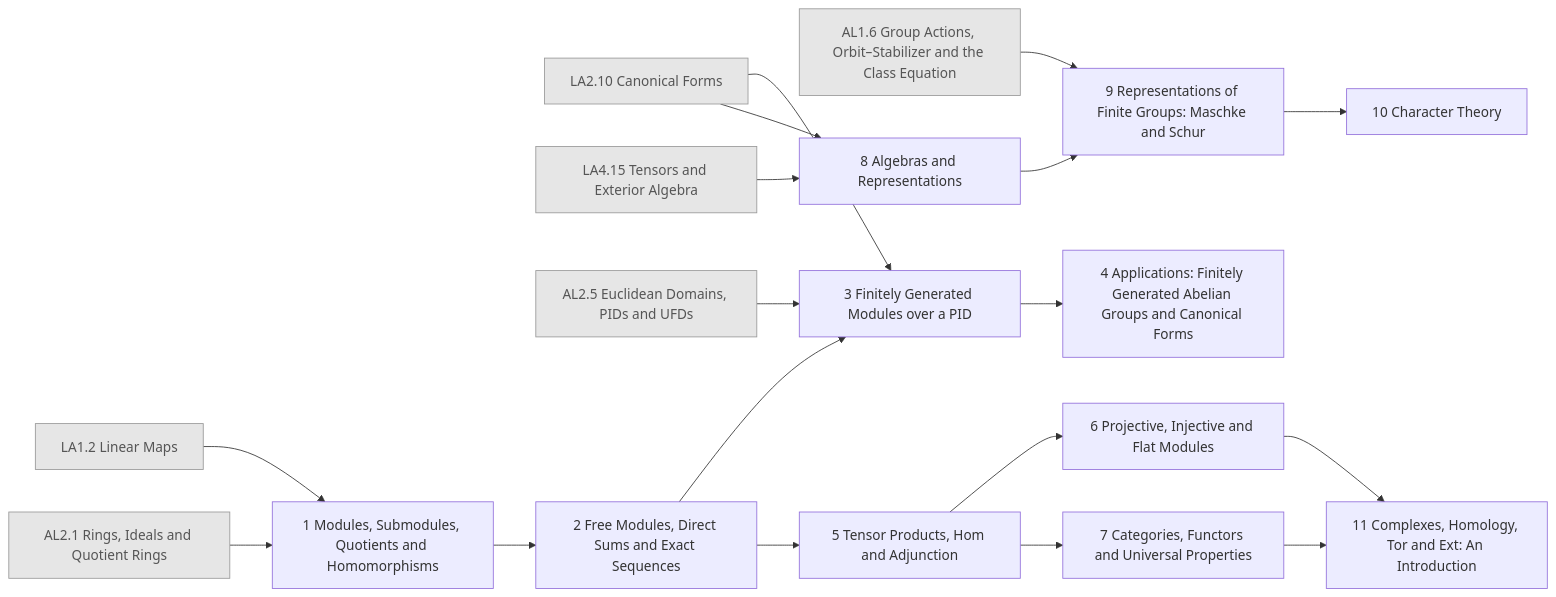
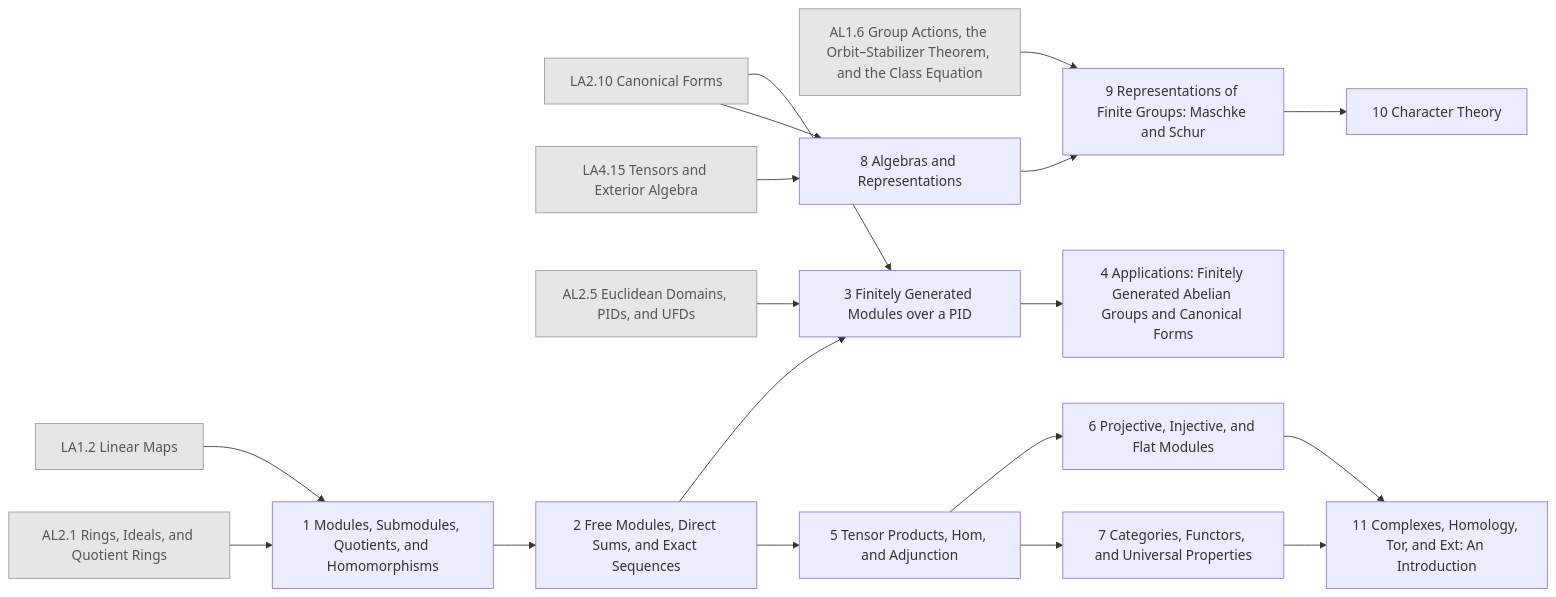
Diagram 19 of 26 in generated/README.md (AkizumiFox/math-atlas), drawn with Mermaid before and after one commit. The commit also changed other lines of this file and 24 other files, not shown here.

````diff
--- a/generated/README.md
+++ b/generated/README.md
@@ -592,40 +592,40 @@
 ```mermaid
 flowchart LR
   LA1_2["LA1.2 Linear Maps"]:::ext
   LA2_10["LA2.10 Canonical Forms"]:::ext
   LA4_15["LA4.15 Tensors and Exterior Algebra"]:::ext
-  AL1_6["AL1.6 Group Actions, Orbit–Stabilizer and the Class Equation"]:::ext
-  AL2_1["AL2.1 Rings, Ideals and Quotient Rings"]:::ext
-  AL2_5["AL2.5 Euclidean Domains, PIDs and UFDs"]:::ext
-  AL4_1["1 Modules, Submodules, Quotients and Homomorphisms"]
-  AL4_2["2 Free Modules, Direct Sums and Exact Sequences"]
+  AL1_6["AL1.6 Group Actions, the Orbit–Stabilizer Theorem, and the Class Equation"]:::ext
+  AL2_1["AL2.1 Rings, Ideals, and Quotient Rings"]:::ext
+  AL2_5["AL2.5 Euclidean Domains, PIDs, and UFDs"]:::ext
+  AL4_1["1 Modules, Submodules, Quotients, and Homomorphisms"]
+  AL4_2["2 Free Modules, Direct Sums, and Exact Sequences"]
   AL4_3["3 Finitely Generated Modules over a PID"]
   AL4_4["4 Applications: Finitely Generated Abelian Groups and Canonical Forms"]
-  AL4_5["5 Tensor Products, Hom and Adjunction"]
-  AL4_6["6 Projective, Injective and Flat Modules"]
-  AL4_7["7 Categories, Functors and Universal Properties"]
+  AL4_5["5 Tensor Products, Hom, and Adjunction"]
+  AL4_6["6 Projective, Injective, and Flat Modules"]
+  AL4_7["7 Categories, Functors, and Universal Properties"]
   AL4_8["8 Algebras and Representations"]
   AL4_9["9 Representations of Finite Groups: Maschke and Schur"]
   AL4_10["10 Character Theory"]
-  AL4_11["11 Complexes, Homology, Tor and Ext: An Introduction"]
+  AL4_11["11 Complexes, Homology, Tor, and Ext: An Introduction"]
   LA1_2 --> AL4_1
   AL2_1 --> AL4_1
   AL4_1 --> AL4_2
   LA2_10 --> AL4_3
   AL2_5 --> AL4_3
   AL4_2 --> AL4_3
   AL4_3 --> AL4_4
   AL4_2 --> AL4_5
   AL4_5 --> AL4_6
   AL4_5 --> AL4_7
   LA2_10 --> AL4_8
   LA4_15 --> AL4_8
   AL1_6 --> AL4_9
   AL4_8 --> AL4_9
   AL4_9 --> AL4_10
   AL4_6 --> AL4_11
   AL4_7 --> AL4_11
   classDef ext fill:#e6e6e6,stroke:#999,color:#555
   classDef opt fill:#fff,stroke:#999,stroke-dasharray:4 3,color:#555
   classDef segb fill:#f6f6fb,stroke:#99a,color:#333
 ```
````
